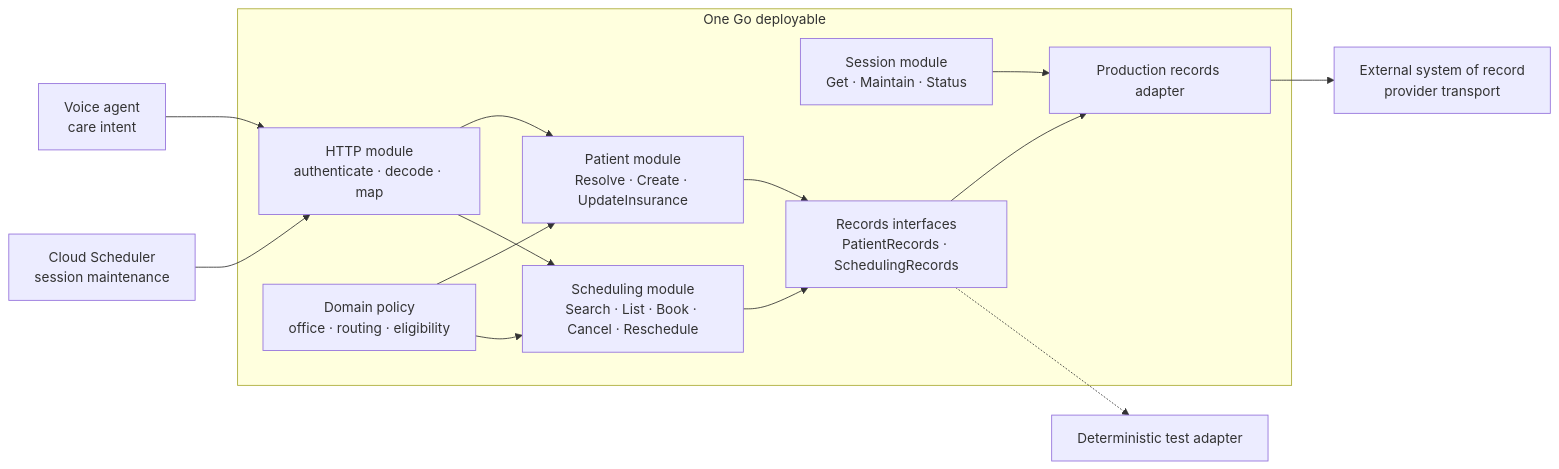
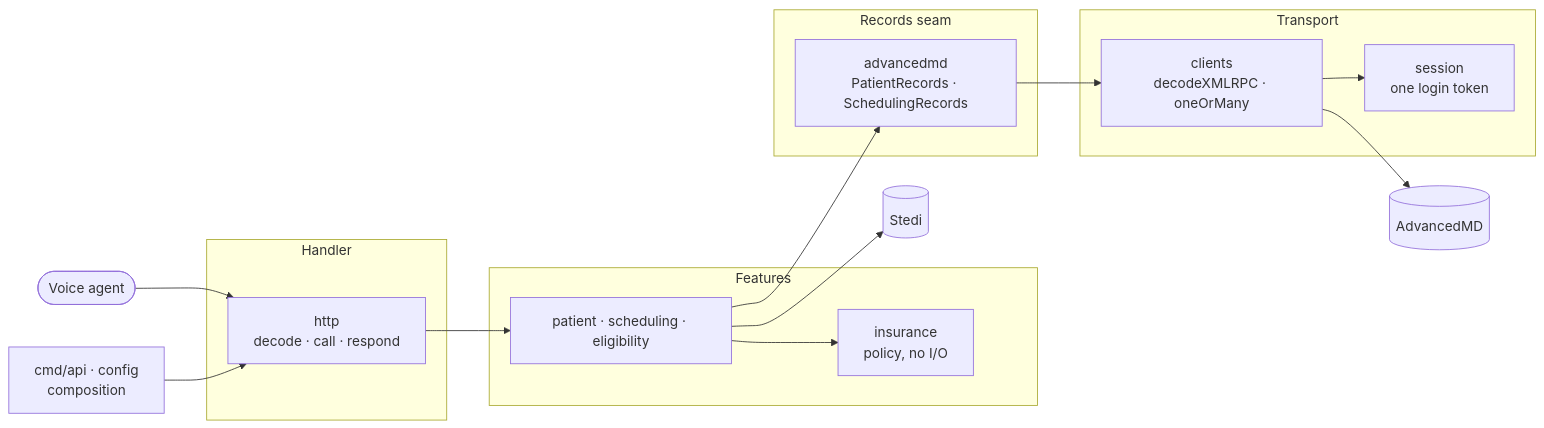
Before and after one commit to Data-Buddies-Solutions/amd_middleware: the first of 5 diagrams in README.md, drawn with Mermaid. The commit also changed other lines of this file and 37 other files, not shown here.

````diff
--- a/README.md
+++ b/README.md
@@ -21,29 +33,26 @@
 ```mermaid
 flowchart LR
-    caller["Voice agent<br/>care intent"]
-    scheduler["Cloud Scheduler<br/>session maintenance"]
-
-    subgraph app["One Go deployable"]
-        http["HTTP module<br/>authenticate · decode · map"]
-        patient["Patient module<br/>Resolve · Create · UpdateInsurance"]
-        scheduling["Scheduling module<br/>Search · List · Book · Cancel · Reschedule"]
-        policy["Domain policy<br/>office · routing · eligibility"]
-        session["Session module<br/>Get · Maintain · Status"]
-        records["Records interfaces<br/>PatientRecords · SchedulingRecords"]
-        adapter["Production records adapter"]
-
-        http --> patient
-        http --> scheduling
-        policy --> patient
-        policy --> scheduling
-        patient --> records
-        scheduling --> records
-        records --> adapter
-        session --> adapter
-    end
-
-    caller --> http
-    scheduler --> http
-    adapter --> provider["External system of record<br/>provider transport"]
-    records -.-> testadapter["Deterministic test adapter"]
+  agent(["Voice agent"]) --> http
+  composition["cmd/api · config<br/>composition"] --> http
+  subgraph handler["Handler"]
+    http["http<br/>decode · call · respond"]
+  end
+  subgraph features["Features"]
+    workflows["patient · scheduling · eligibility"]
+    insurance["insurance<br/>policy, no I/O"]
+  end
+  subgraph seam["Records seam"]
+    records["advancedmd<br/>PatientRecords · SchedulingRecords"]
+  end
+  subgraph transport["Transport"]
+    clients["clients<br/>decodeXMLRPC · oneOrMany"]
+    session["session<br/>one login token"]
+  end
+  http --> workflows
+  workflows --> insurance
+  workflows --> records
+  records --> clients
+  clients --> session
+  clients --> amd[("AdvancedMD")]
+  workflows --> stedi[("Stedi")]
 ```
````
